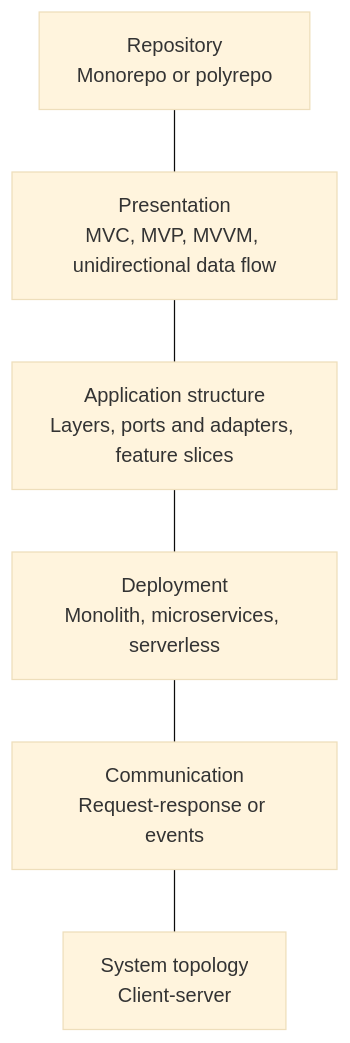
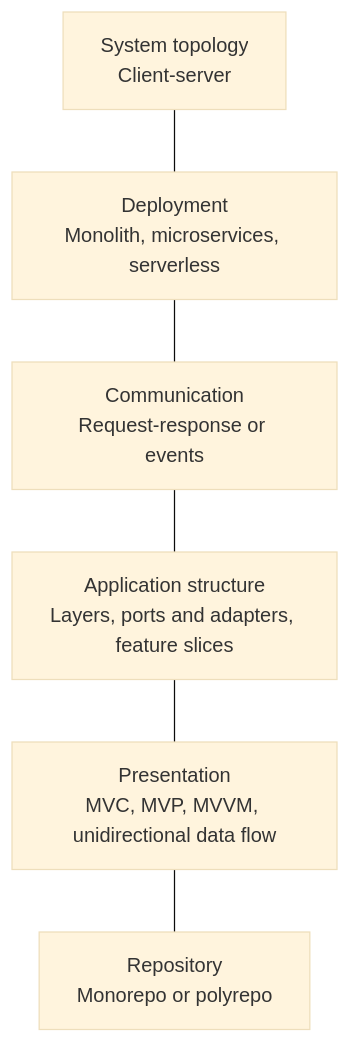
The diagram in src/content/docs/blog/32-software-architecture-map.mdx (edouardmisset/learning-curve), drawn with Mermaid (base theme) before and after one commit. The commit also changed other lines of this file and 2 other files, not shown here.

Commit message:
fix: correct terminology and improve clarity in AI Stack and Idempotency articles

````diff
--- a/src/content/docs/blog/32-software-architecture-map.mdx
+++ b/src/content/docs/blog/32-software-architecture-map.mdx
@@ -49,11 +49,11 @@
 ```mermaid
 flowchart TB
   R["Repository<br/>Monorepo or polyrepo"]
   P["Presentation<br/>MVC, MVP, MVVM, unidirectional data flow"]
   A["Application structure<br/>Layers, ports and adapters, feature slices"]
   D["Deployment<br/>Monolith, microservices, serverless"]
   C["Communication<br/>Request-response or events"]
   S["System topology<br/>Client-server"]
 
-  R --- P --- A --- D --- C --- S
+  S --- D --- C --- A --- P --- R
 ```
````
